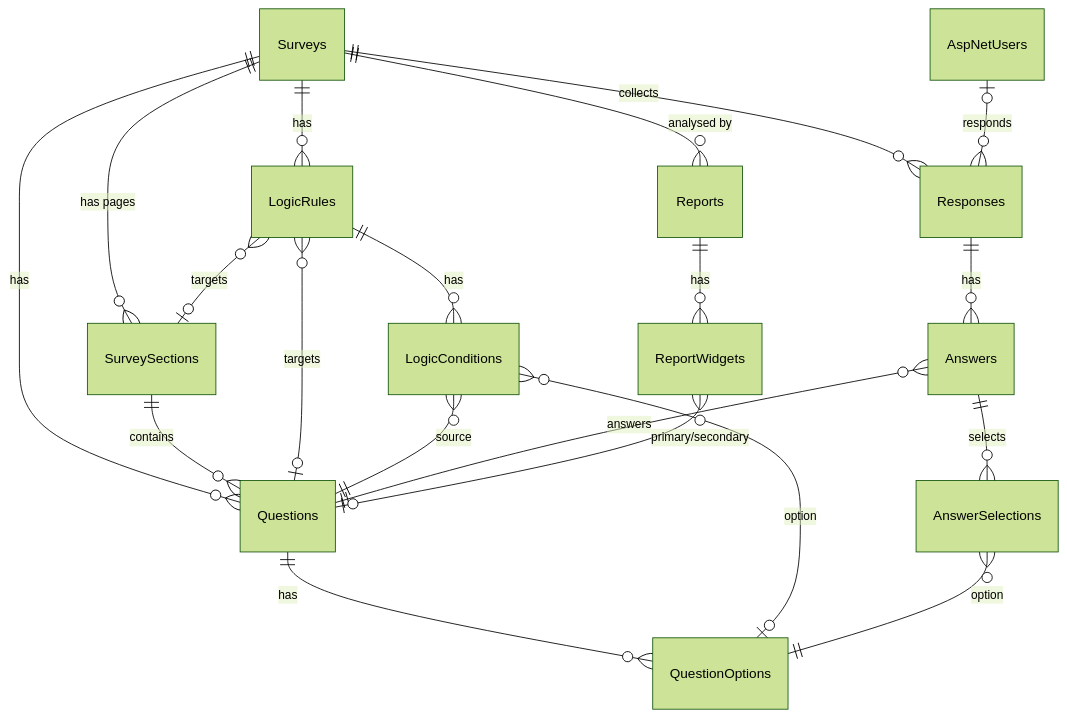
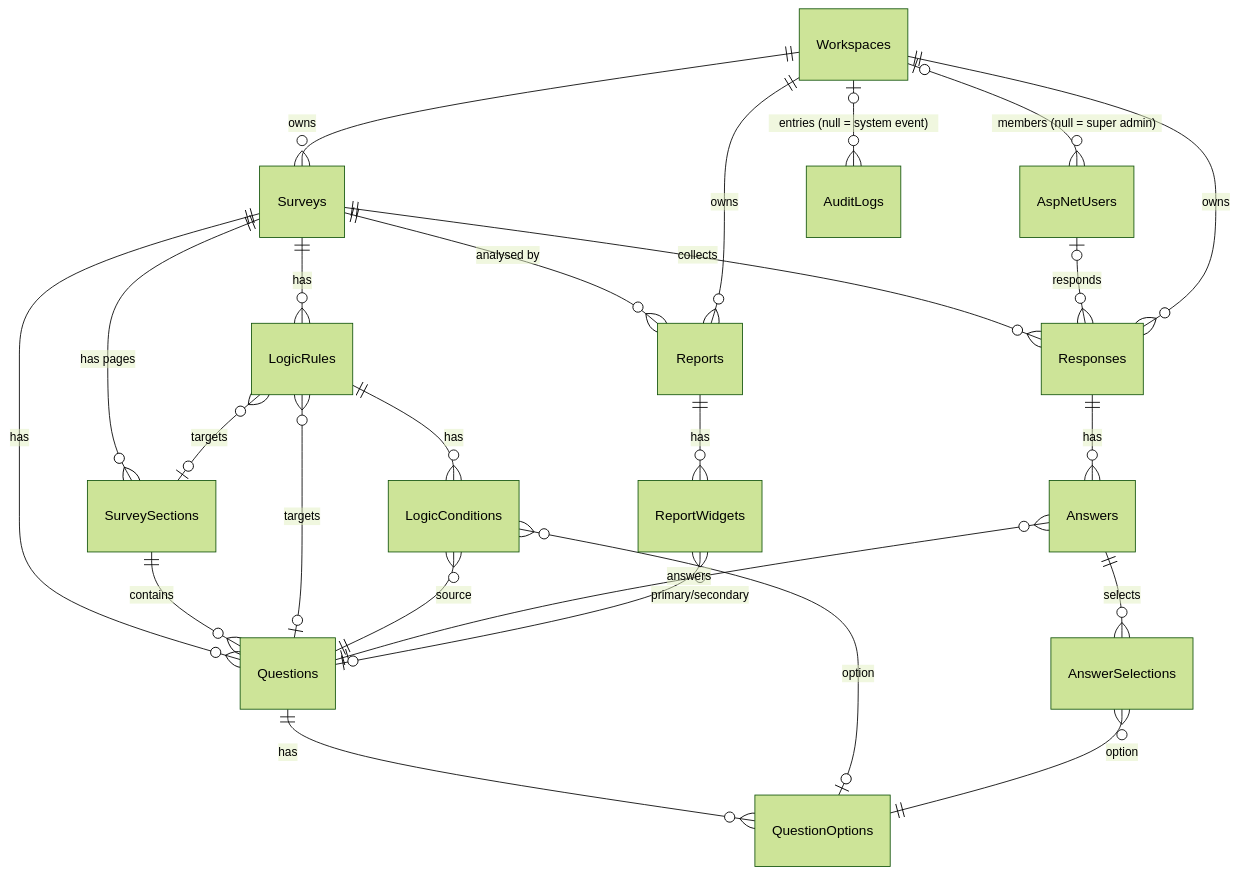
The second of 2 diagrams in docs/DOCUMENTATION.md (supunsarachitha/SmartSurvay), drawn with Mermaid (forest theme) before and after one commit. The commit also changed other lines of this file and 22 other files, not shown here.

````diff
--- a/docs/DOCUMENTATION.md
+++ b/docs/DOCUMENTATION.md
@@ -254,22 +311,27 @@
 ```mermaid
 erDiagram
     Surveys ||--o{ SurveySections : "has pages"
     Surveys ||--o{ Questions : "has"
     SurveySections ||--o{ Questions : "contains"
     Questions ||--o{ QuestionOptions : "has"
     Surveys ||--o{ LogicRules : "has"
     LogicRules ||--o{ LogicConditions : "has"
     LogicRules }o--o| Questions : "targets"
     LogicRules }o--o| SurveySections : "targets"
     LogicConditions }o--|| Questions : "source"
     LogicConditions }o--o| QuestionOptions : "option"
     Surveys ||--o{ Responses : "collects"
     AspNetUsers |o--o{ Responses : "responds"
     Responses ||--o{ Answers : "has"
     Answers }o--|| Questions : "answers"
     Answers ||--o{ AnswerSelections : "selects"
     AnswerSelections }o--|| QuestionOptions : "option"
     Surveys ||--o{ Reports : "analysed by"
     Reports ||--o{ ReportWidgets : "has"
     ReportWidgets }o--o| Questions : "primary/secondary"
+    Workspaces ||--o{ Surveys : "owns"
+    Workspaces ||--o{ Reports : "owns"
+    Workspaces ||--o{ Responses : "owns"
+    Workspaces |o--o{ AspNetUsers : "members (null = super admin)"
+    Workspaces |o--o{ AuditLogs : "entries (null = system event)"
 ```
````
